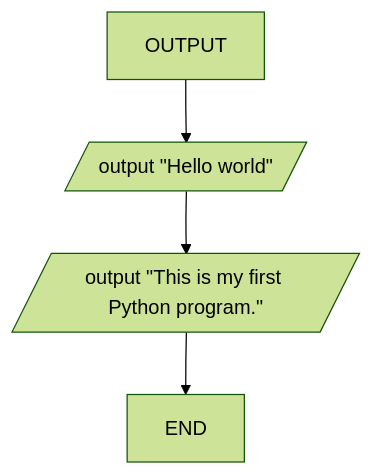
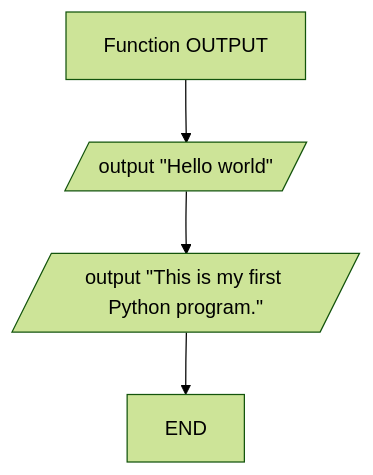
One commit to LRSFC-ComputerScience/1-Sequence-and-Selection-Python-Challenge changed the second of 2 diagrams in 1.1 Hello World/Task01 Hello World.md. Above: the diagram before and after it, drawn with Mermaid (forest theme). The commit also changed other lines of this file, not shown here.

Commit message:
Update Task01 Hello World.md

````diff
--- a/1.1 Hello World/Task01 Hello World.md
+++ b/1.1 Hello World/Task01 Hello World.md
@@ -35,6 +35,7 @@
 ```mermaid
   flowchart TD;
-      A[OUTPUT]-->B[/output "Hello world"/];
+      A[Function OUTPUT] -->B[/output "Hello world"/];
       B-->C[/output "This is my first Python program."/];
       C-->D[END];
+
 ```
````
